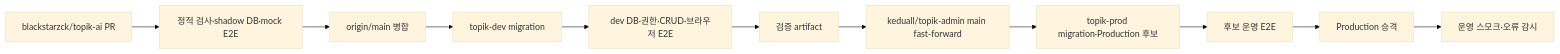
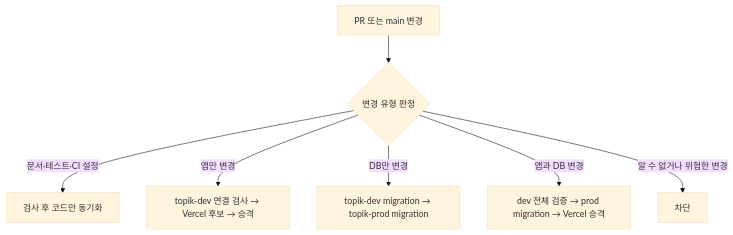
Before and after one commit to blackstarzck/topik-ai: the diagram in docs/architecture/admin-cicd-pipeline.md, drawn with Mermaid (base theme). The commit also changed other lines of this file and 73 other files, not shown here.

````diff
--- a/docs/architecture/admin-cicd-pipeline.md
+++ b/docs/architecture/admin-cicd-pipeline.md
@@ -9,13 +9,9 @@
 ```mermaid
-flowchart LR
-    A["blackstarzck/topik-ai PR"] --> B["정적 검사·shadow DB·mock E2E"]
-    B --> C["origin/main 병합"]
-    C --> D["topik-dev migration"]
-    D --> E["dev DB·권한·CRUD·브라우저 E2E"]
-    E --> F["검증 artifact"]
-    F --> G["keduall/topik-admin main fast-forward"]
-    G --> H["topik-prod migration·Production 후보"]
-    H --> I["후보 운영 E2E"]
-    I --> J["Production 승격"]
-    J --> K["운영 스모크·오류 감시"]
+flowchart TD
+    A["PR 또는 main 변경"] --> B{"변경 유형 판정"}
+    B -->|"문서·테스트·CI 설정"| C["검사 후 코드만 동기화"]
+    B -->|"앱만 변경"| D["topik-dev 연결 검사 → Vercel 후보 → 승격"]
+    B -->|"DB만 변경"| E["topik-dev migration → topik-prod migration"]
+    B -->|"앱과 DB 변경"| F["dev 전체 검증 → prod migration → Vercel 승격"]
+    B -->|"알 수 없거나 위험한 변경"| G["차단"]
 ```
````
